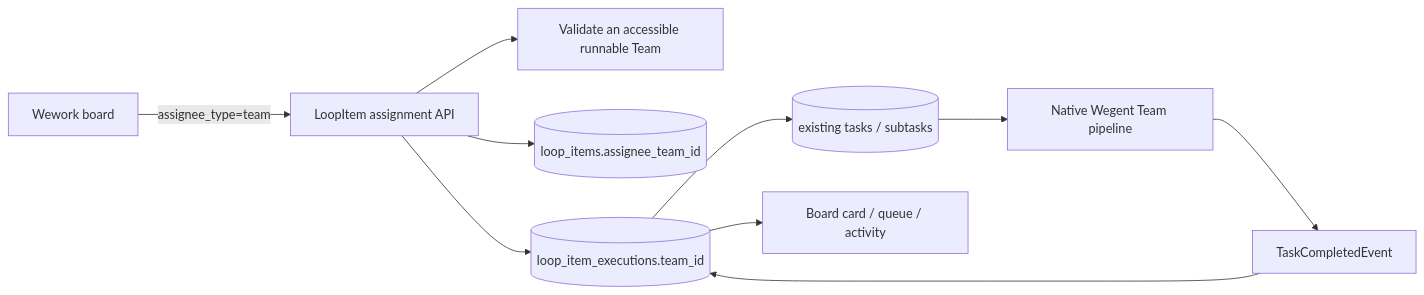
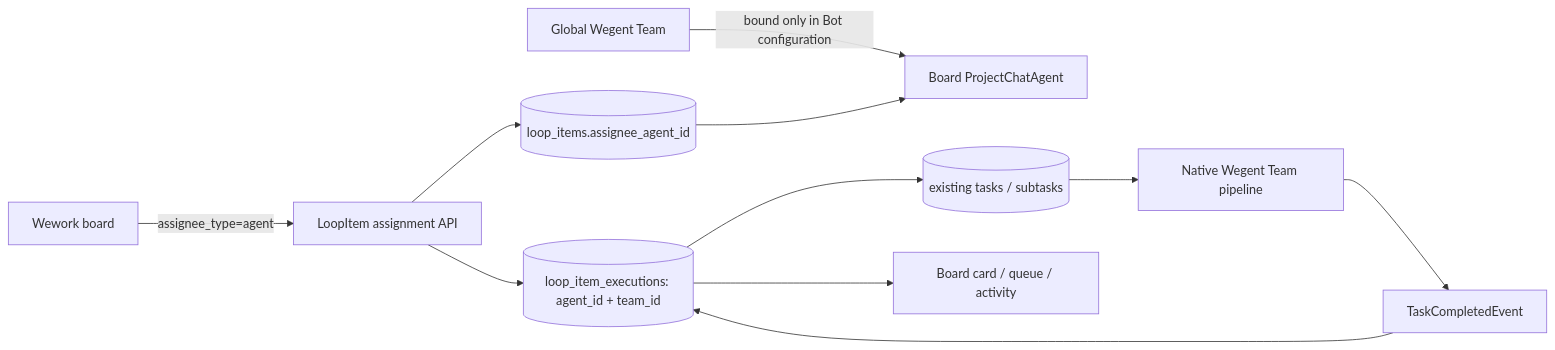
The first of 2 diagrams in docs/en/wegent/developer-guide/cloud-project-collaboration.md (wecode-ai/Wegent), drawn with Mermaid before and after one commit. The commit also changed other lines of this file and 19 other files, not shown here.

Commit message:
fix(automation): bind Wegent runtime through board robots

````diff
--- a/docs/en/wegent/developer-guide/cloud-project-collaboration.md
+++ b/docs/en/wegent/developer-guide/cloud-project-collaboration.md
@@ -90,12 +90,13 @@
 ```mermaid
 flowchart LR
-    UI[Wework board] -->|assignee_type=team| API[LoopItem assignment API]
-    API --> TEAM[Validate an accessible runnable Team]
-    API --> ITEM[(loop_items.assignee_team_id)]
-    API --> EXEC[(loop_item_executions.team_id)]
+    TEAM[Global Wegent Team] -->|bound only in Bot configuration| BOT[Board ProjectChatAgent]
+    UI[Wework board] -->|assignee_type=agent| API[LoopItem assignment API]
+    API --> ITEM[(loop_items.assignee_agent_id)]
+    ITEM --> BOT
+    API --> EXEC[(loop_item_executions: agent_id + team_id)]
     EXEC --> TASK[(existing tasks / subtasks)]
     TASK --> PIPELINE[Native Wegent Team pipeline]
     PIPELINE --> EVENT[TaskCompletedEvent]
     EVENT --> EXEC
     EXEC --> VIEW[Board card / queue / activity]
 ```
````
